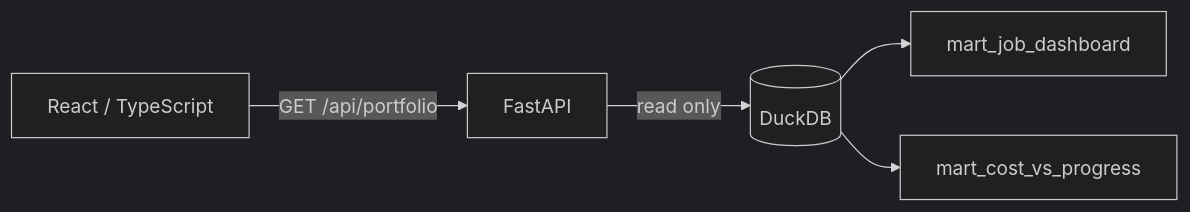
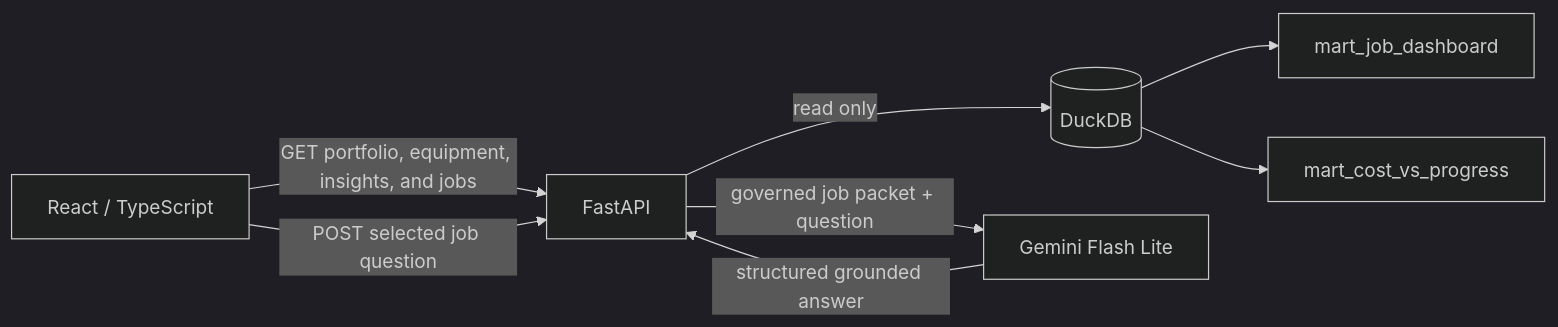
One commit to ashleykaring/FLINT-technical changed the diagram in docs/dashboard.md. Above: the diagram before and after it, drawn with Mermaid (dark theme). The commit also changed other lines of this file and 25 other files, not shown here.

Commit message:
expand portfolio dashboard with job insights, AI Q&A, and automated refresh

````diff
--- a/docs/dashboard.md
+++ b/docs/dashboard.md
@@ -30,7 +69,10 @@
 ```mermaid
 flowchart LR
-    UI[React / TypeScript] -->|GET /api/portfolio| API[FastAPI]
+    UI[React / TypeScript] -->|GET portfolio, equipment, insights, and jobs| API[FastAPI]
+    UI -->|POST selected job question| API
     API -->|read only| DUCK[(DuckDB)]
     DUCK --> MJD[mart_job_dashboard]
     DUCK --> MCP[mart_cost_vs_progress]
+    API -->|governed job packet + question| GEMINI[Gemini Flash Lite]
+    GEMINI -->|structured grounded answer| API
 ```
````
